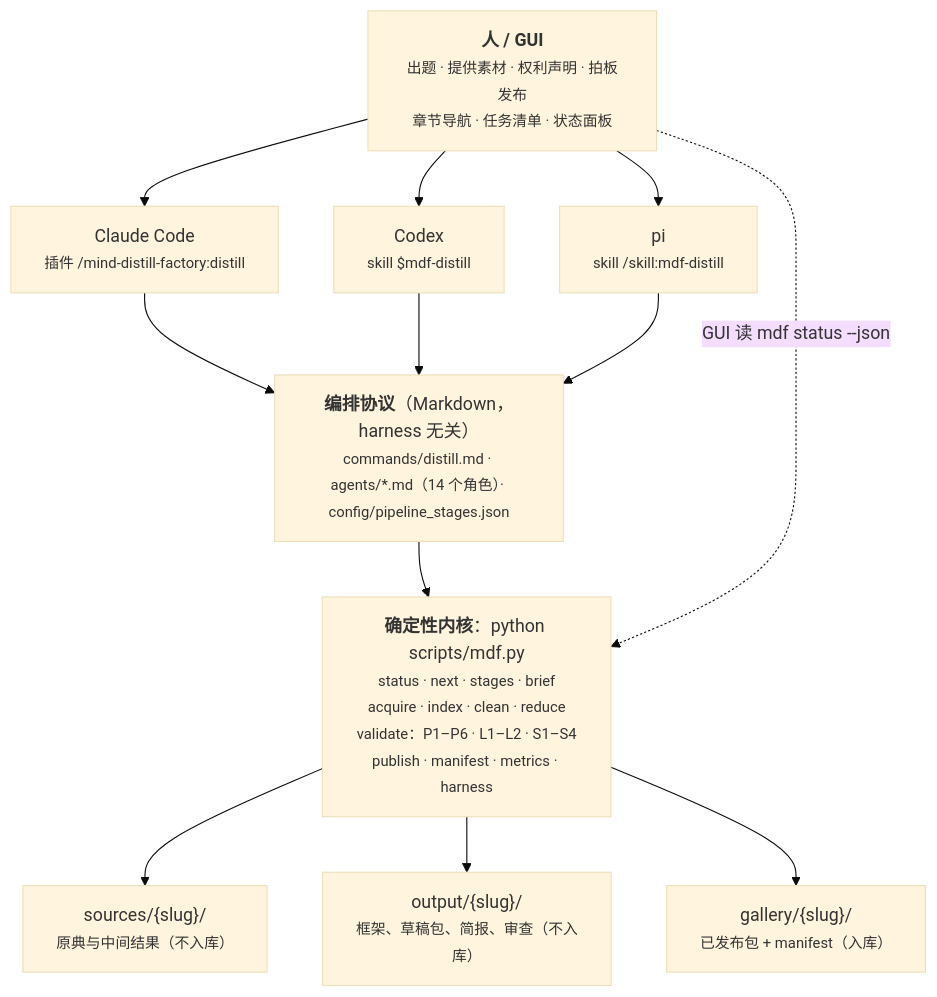
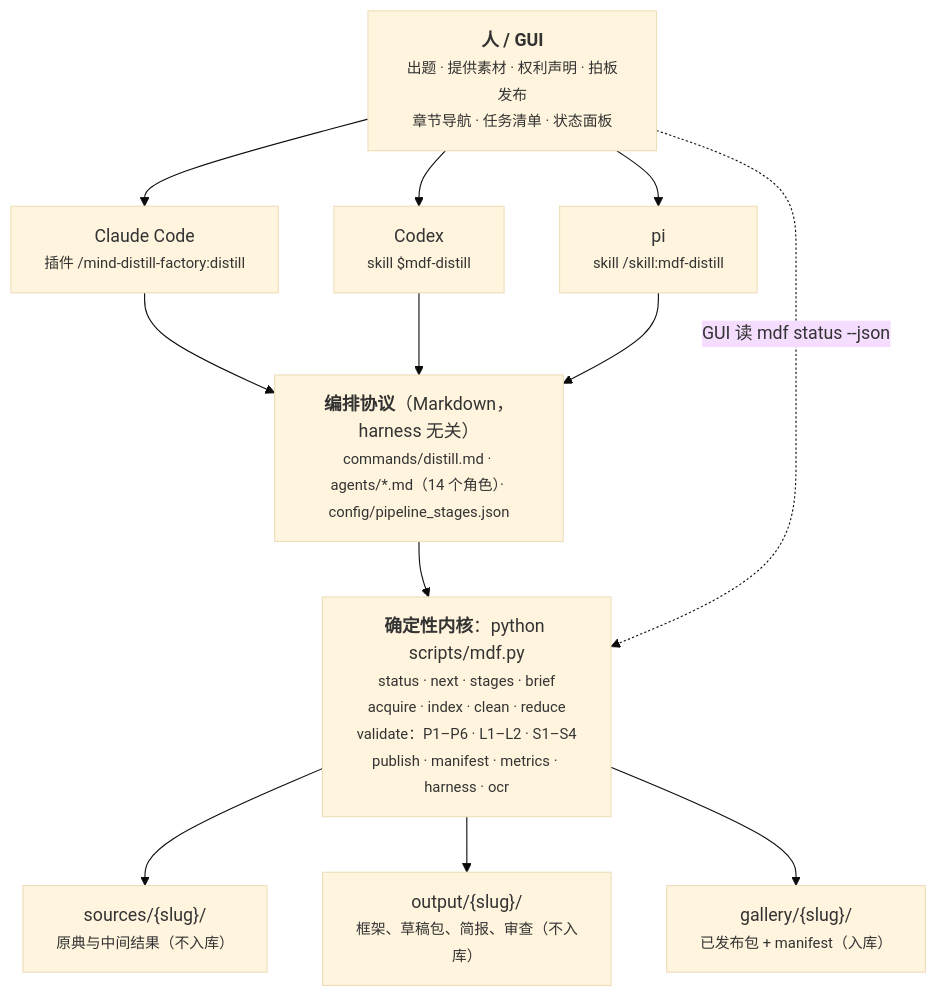
The first of 5 diagrams in docs/architecture.md (20240610ldx-hub/Mind-Distill-Factory), drawn with Mermaid (base theme) before and after one commit. The commit also changed 7 other files, not shown here.

First line of the commit message:
feat: OCR calibration harness and per-process OCR engine cache

````diff
--- a/docs/architecture.md
+++ b/docs/architecture.md
@@ -11,17 +11,17 @@
 ```mermaid
 flowchart TB
     U["<b>人 / GUI</b><br/><small>出题 · 提供素材 · 权利声明 · 拍板发布<br/>章节导航 · 任务清单 · 状态面板</small>"]
     CC["Claude Code<br/><small>插件 /mind-distill-factory:distill</small>"]
     CX["Codex<br/><small>skill $mdf-distill</small>"]
     PI["pi<br/><small>skill /skill:mdf-distill</small>"]
     P["<b>编排协议</b>（Markdown，harness 无关）<br/><small>commands/distill.md · agents/*.md（14 个角色）· config/pipeline_stages.json</small>"]
-    K["<b>确定性内核</b>：python scripts/mdf.py<br/><small>status · next · stages · brief<br/>acquire · index · clean · reduce<br/>validate：P1–P6 · L1–L2 · S1–S4<br/>publish · manifest · metrics · harness</small>"]
+    K["<b>确定性内核</b>：python scripts/mdf.py<br/><small>status · next · stages · brief<br/>acquire · index · clean · reduce<br/>validate：P1–P6 · L1–L2 · S1–S4<br/>publish · manifest · metrics · harness · ocr</small>"]
     S["sources/{slug}/<br/><small>原典与中间结果（不入库）</small>"]
     O["output/{slug}/<br/><small>框架、草稿包、简报、审查（不入库）</small>"]
     G["gallery/{slug}/<br/><small>已发布包 + manifest（入库）</small>"]
     U --> CC & CX & PI
     CC & CX & PI --> P
     P --> K
     K --> S & O & G
     U -. GUI 读 mdf status --json .-> K
 ```
````
